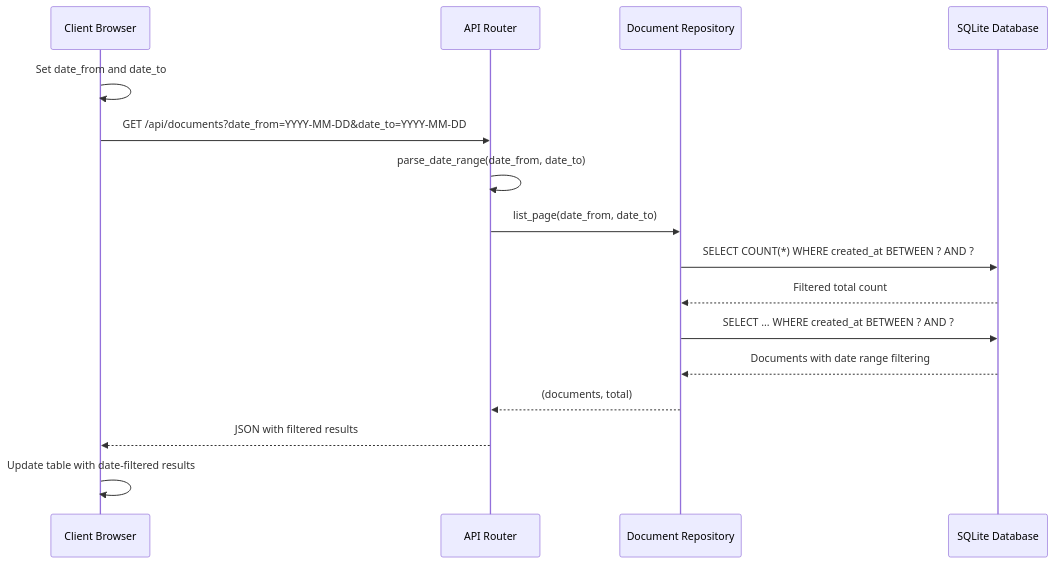
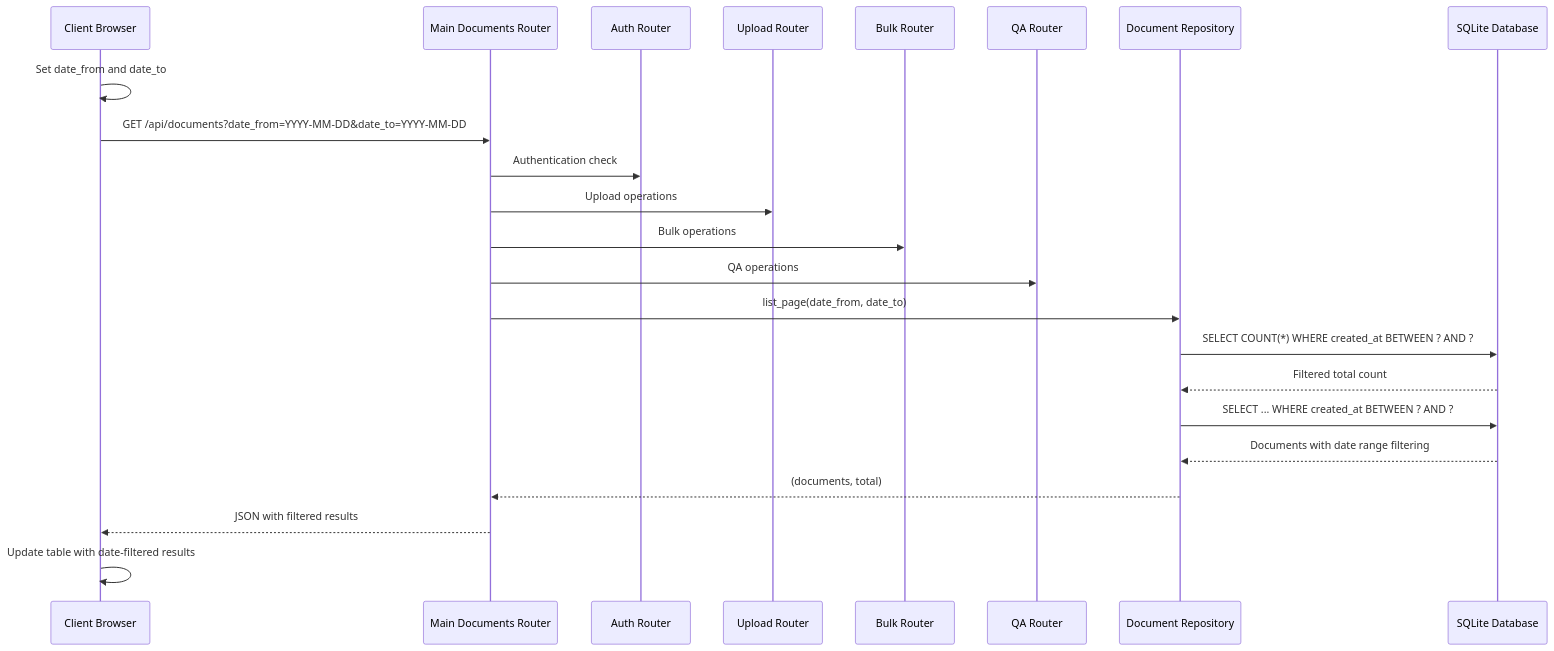
One commit to ognelis/cafetera_hr_bot changed diagram 15 of 26 in .qoder/repowiki/en/content/Document Management System.md. Above: the diagram before and after it, drawn with Mermaid. The commit also changed other lines of this file and 12 other files, not shown here.

````diff
--- a/.qoder/repowiki/en/content/Document Management System.md
+++ b/.qoder/repowiki/en/content/Document Management System.md
@@ -1608,18 +1667,25 @@
 ```mermaid
 sequenceDiagram
 participant Client as Client Browser
-participant API as API Router
+participant MainRouter as Main Documents Router
+participant AuthRouter as Auth Router
+participant UploadRouter as Upload Router
+participant BulkRouter as Bulk Router
+participant QARouter as QA Router
 participant Repo as Document Repository
 participant DB as SQLite Database
 Client->>Client : Set date_from and date_to
-Client->>API : GET /api/documents?date_from=YYYY-MM-DD&date_to=YYYY-MM-DD
-API->>API : parse_date_range(date_from, date_to)
-API->>Repo : list_page(date_from, date_to)
+Client->>MainRouter : GET /api/documents?date_from=YYYY-MM-DD&date_to=YYYY-MM-DD
+MainRouter->>AuthRouter : Authentication check
+MainRouter->>UploadRouter : Upload operations
+MainRouter->>BulkRouter : Bulk operations
+MainRouter->>QARouter : QA operations
+MainRouter->>Repo : list_page(date_from, date_to)
 Repo->>DB : SELECT COUNT(*) WHERE created_at BETWEEN ? AND ?
 DB-->>Repo : Filtered total count
 Repo->>DB : SELECT ... WHERE created_at BETWEEN ? AND ?
 DB-->>Repo : Documents with date range filtering
-Repo-->>API : (documents, total)
-API-->>Client : JSON with filtered results
+Repo-->>MainRouter : (documents, total)
+MainRouter-->>Client : JSON with filtered results
 Client->>Client : Update table with date-filtered results
 ```
````
